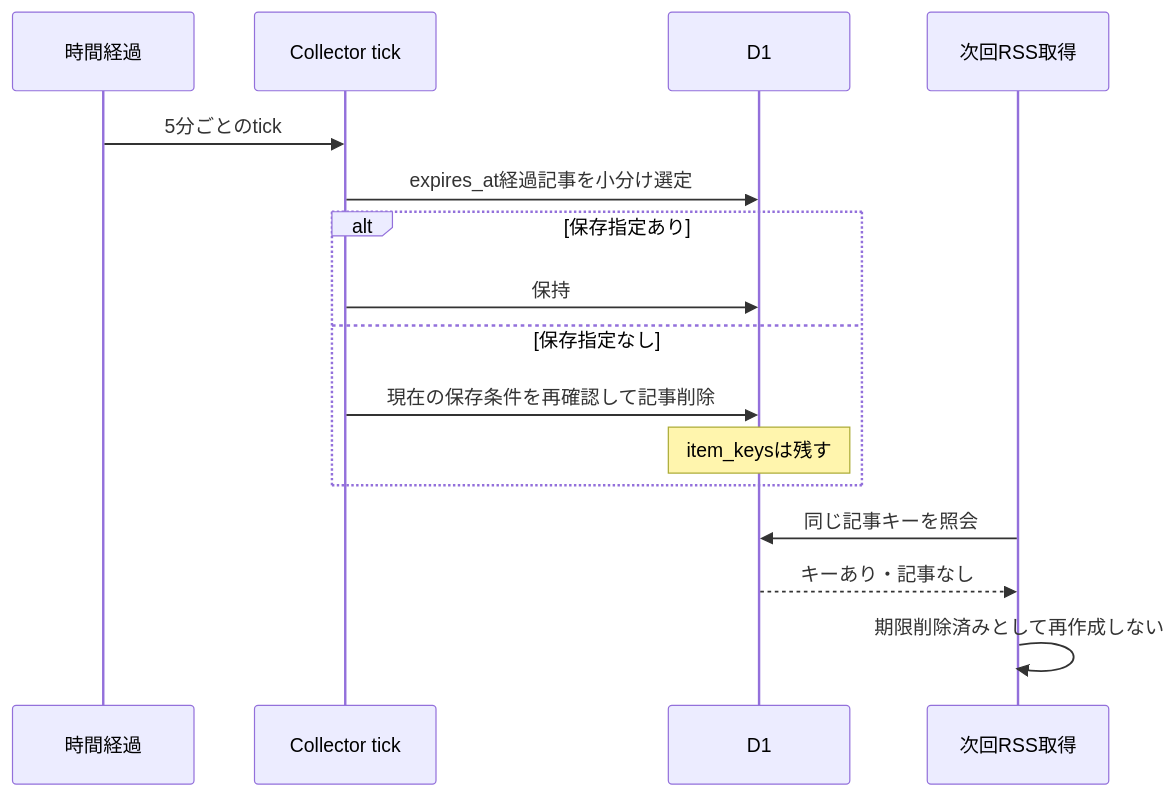
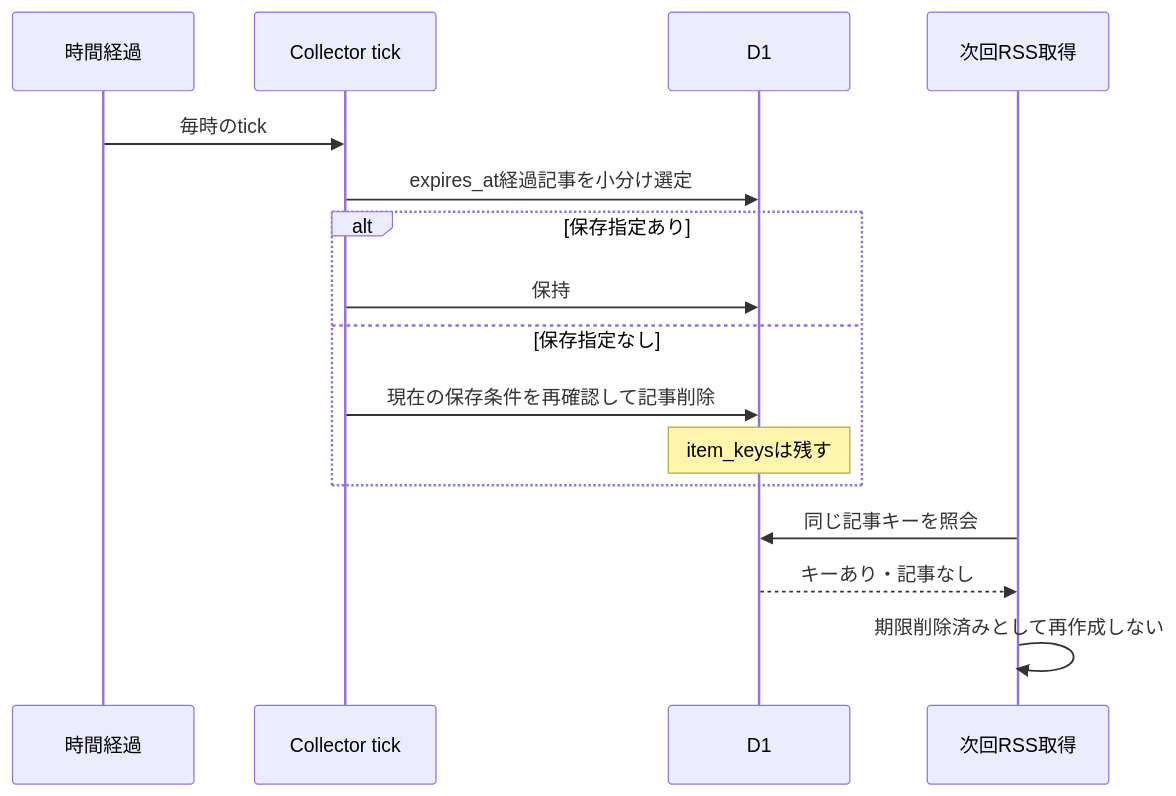
Before and after one commit to moz-sec/tayori: the fourth of 4 diagrams in docs/06-sequences.md, drawn with Mermaid. The commit also changed other lines of this file and 18 other files, not shown here.

````diff
--- a/docs/06-sequences.md
+++ b/docs/06-sequences.md
@@ -114,18 +132,18 @@
 ```mermaid
 sequenceDiagram
     participant T as 時間経過
     participant W as Collector tick
     participant D as D1
     participant F as 次回RSS取得
-    T->>W: 5分ごとのtick
+    T->>W: 毎時のtick
     W->>D: expires_at経過記事を小分け選定
     alt 保存指定あり
         W->>D: 保持
     else 保存指定なし
         W->>D: 現在の保存条件を再確認して記事削除
         Note over D: item_keysは残す
     end
     F->>D: 同じ記事キーを照会
     D-->>F: キーあり・記事なし
     F->>F: 期限削除済みとして再作成しない
 ```
````
